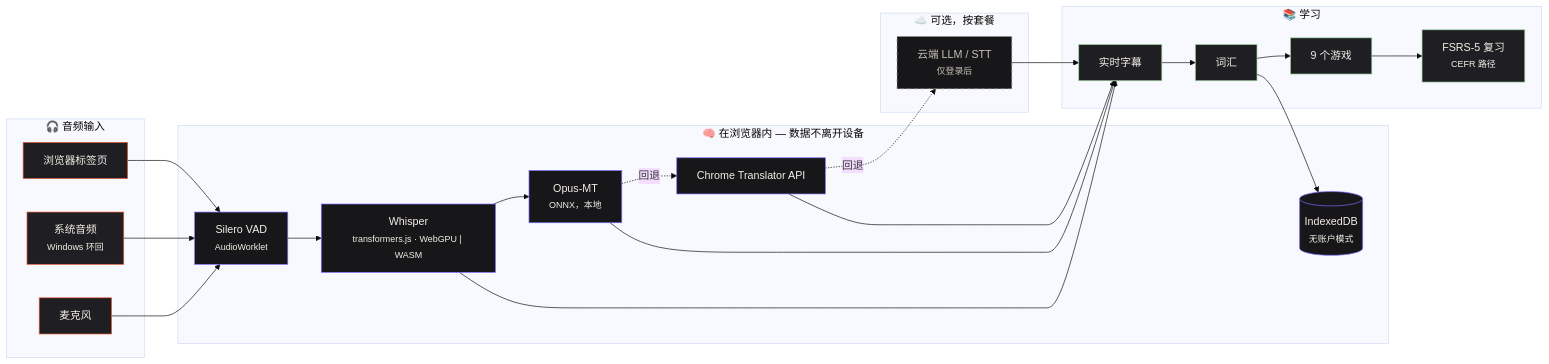
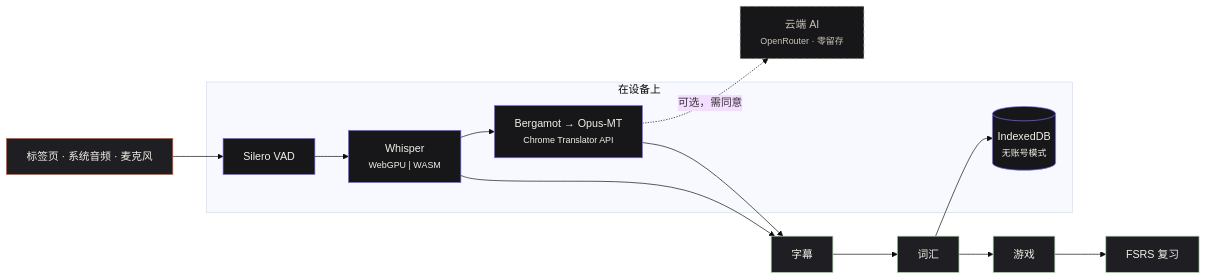
One commit to GuilhermeLVL/babel-play changed the diagram in README.zh-CN.md. Above: the diagram before and after it, drawn with Mermaid (base theme). The commit also changed other lines of this file and 9 other files, not shown here.

````diff
--- a/README.zh-CN.md
+++ b/README.zh-CN.md
@@ -43,39 +60,19 @@
 ```mermaid
 flowchart LR
     classDef src fill:#1f1f23,stroke:#e85d36,color:#f4efe6
     classDef local fill:#17171a,stroke:#7a70ff,color:#f4efe6
     classDef cloud fill:#17171a,stroke:#8f887c,color:#c9c2b6,stroke-dasharray:5
     classDef out fill:#1f1f23,stroke:#9ad29a,color:#f4efe6
 
-    subgraph IN["🎧 音频输入"]
-        A1[浏览器标签页]:::src
-        A2[系统音频<br/><small>Windows 环回</small>]:::src
-        A3[麦克风]:::src
+    A["标签页 · 系统音频 · 麦克风"]:::src --> VAD["Silero VAD"]:::local
+    subgraph DEVICE["在设备上"]
+        VAD --> STT["Whisper<br/><small>WebGPU | WASM</small>"]:::local
+        STT --> MT["Bergamot → Opus-MT<br/><small>Chrome Translator API</small>"]:::local
+        DB[("IndexedDB<br/><small>无账号模式</small>")]:::local
     end
-
-    subgraph BROWSER["🧠 在浏览器内 — 数据不离开设备"]
-        VAD["Silero VAD<br/><small>AudioWorklet</small>"]:::local
-        STT["Whisper<br/><small>transformers.js · WebGPU | WASM</small>"]:::local
-        MT1["Opus-MT<br/><small>ONNX，本地</small>"]:::local
-        MT2["Chrome Translator API"]:::local
-        STORE[("IndexedDB<br/><small>无账户模式</small>")]:::local
-    end
-
-    subgraph CLOUD["☁️ 可选，按套餐"]
-        MT3["云端 LLM / STT<br/><small>仅登录后</small>"]:::cloud
-    end
-
-    subgraph OUT["📚 学习"]
-        CAP[实时字幕]:::out
-        VOC[词汇]:::out
-        GAMES[9 个游戏]:::out
-        SRS["FSRS-5 复习<br/><small>CEFR 路径</small>"]:::out
-    end
-
-    A1 & A2 & A3 --> VAD --> STT
-    STT --> MT1 -. 回退 .-> MT2 -. 回退 .-> MT3
-    STT --> CAP
-    MT1 & MT2 & MT3 --> CAP
-    CAP --> VOC --> GAMES --> SRS
-    VOC --> STORE
+    MT -. "可选，需同意" .-> CLOUD["云端 AI<br/><small>OpenRouter · 零留存</small>"]:::cloud
+    STT --> CAP["字幕"]:::out
+    MT --> CAP
+    CAP --> VOC["词汇"]:::out --> GAMES["游戏"]:::out --> SRS["FSRS 复习"]:::out
+    VOC --> DB
 ```
````
